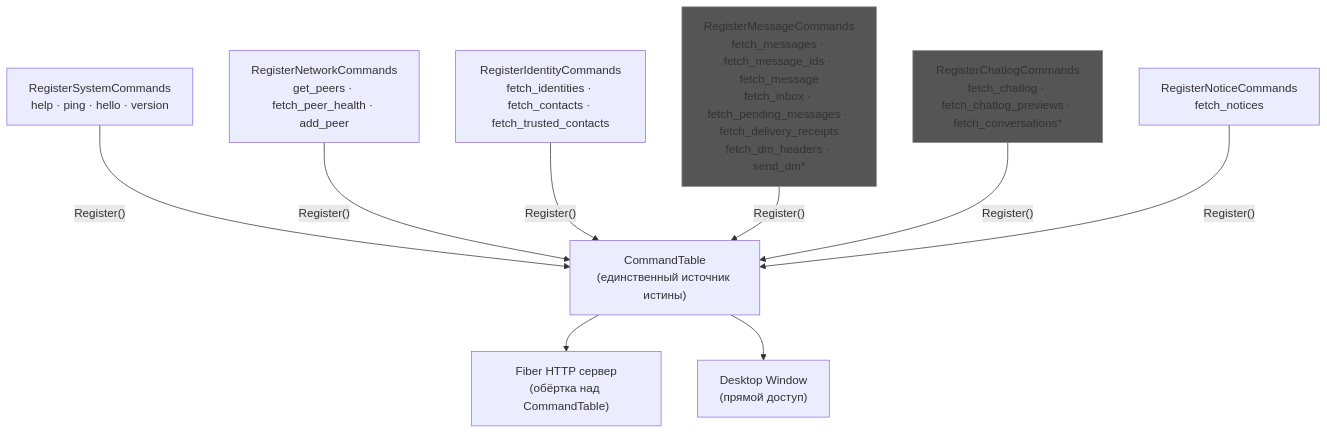
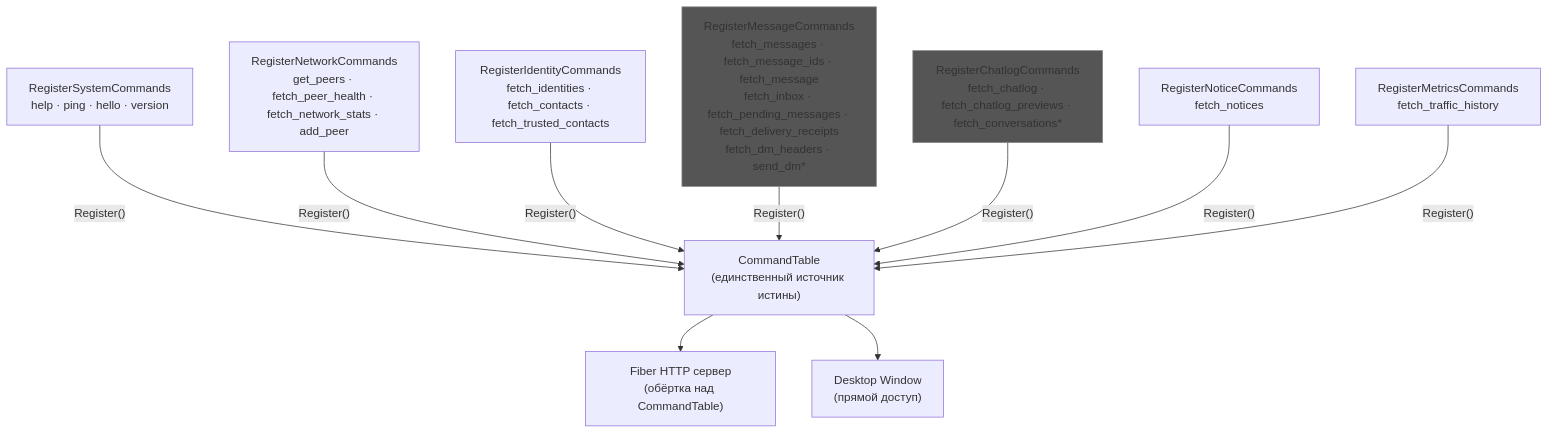
Before and after one commit to piratecash/corsa: the eighth of 8 diagrams in docs/rpc.md, drawn with Mermaid. The commit also changed other lines of this file and 26 other files, not shown here.

Commit message:
feat(metrics): add per-peer traffic tracking with desktop traffic graph

````diff
--- a/docs/rpc.md
+++ b/docs/rpc.md
@@ -654,24 +703,26 @@
 ```mermaid
 graph TD
     TABLE["CommandTable<br/>(единственный источник истины)"]
 
     REG_SYS["RegisterSystemCommands<br/>help · ping · hello · version"]
-    REG_NET["RegisterNetworkCommands<br/>get_peers · fetch_peer_health · add_peer"]
+    REG_NET["RegisterNetworkCommands<br/>get_peers · fetch_peer_health · fetch_network_stats · add_peer"]
     REG_IDN["RegisterIdentityCommands<br/>fetch_identities · fetch_contacts · fetch_trusted_contacts"]
     REG_MSG["RegisterMessageCommands<br/>fetch_messages · fetch_message_ids · fetch_message<br/>fetch_inbox · fetch_pending_messages · fetch_delivery_receipts<br/>fetch_dm_headers · send_dm*"]
     REG_CHT["RegisterChatlogCommands<br/>fetch_chatlog · fetch_chatlog_previews · fetch_conversations*"]
     REG_NTC["RegisterNoticeCommands<br/>fetch_notices"]
+    REG_MET["RegisterMetricsCommands<br/>fetch_traffic_history"]
 
     REG_SYS -->|"Register()"| TABLE
     REG_NET -->|"Register()"| TABLE
     REG_IDN -->|"Register()"| TABLE
     REG_MSG -->|"Register()"| TABLE
     REG_CHT -->|"Register()"| TABLE
     REG_NTC -->|"Register()"| TABLE
+    REG_MET -->|"Register()"| TABLE
 
     TABLE --> SERVER["Fiber HTTP сервер<br/>(обёртка над CommandTable)"]
     TABLE --> WINDOW["Desktop Window<br/>(прямой доступ)"]
 
     style REG_CHT fill:#555,stroke:#888
     style REG_MSG fill:#555,stroke:#888
 ```
````
